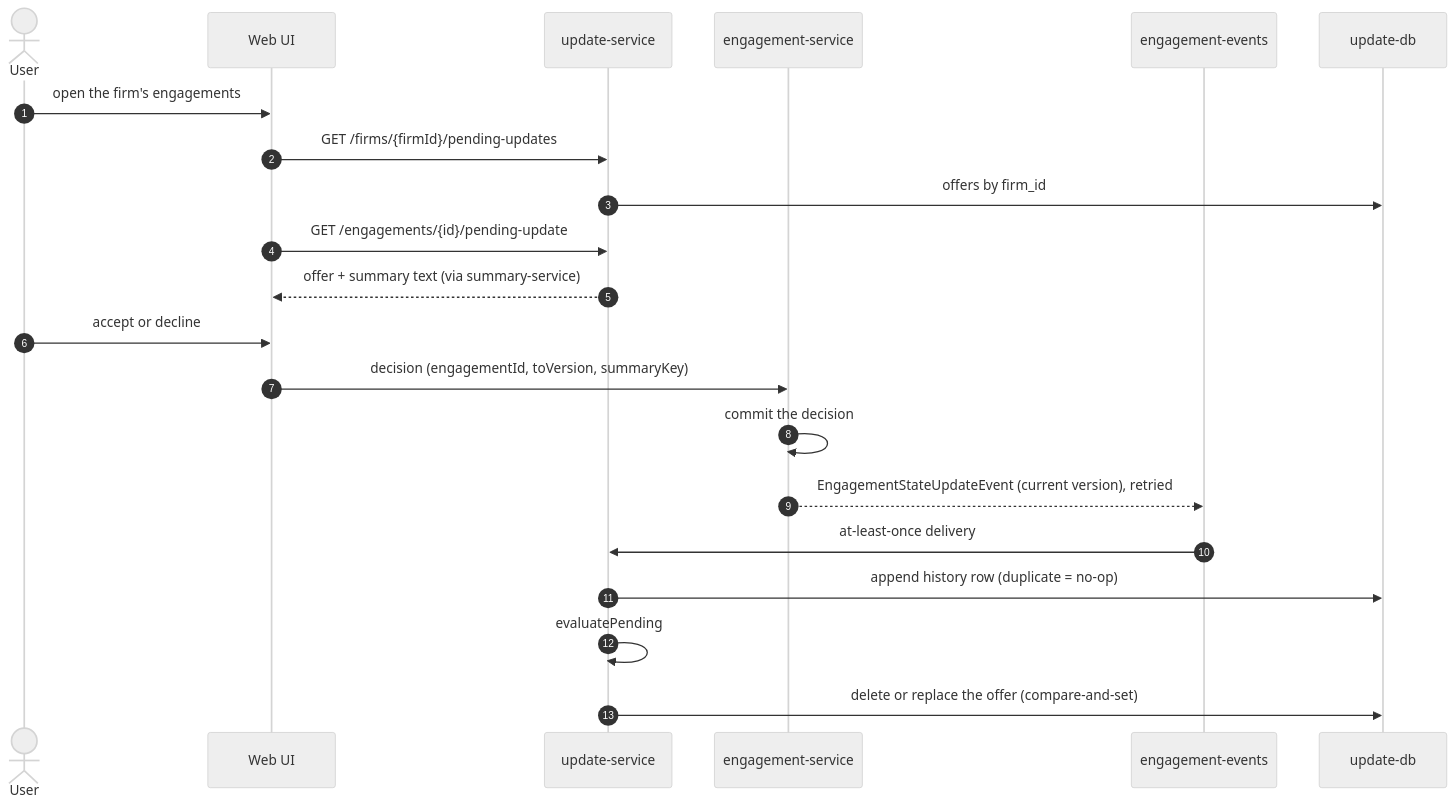
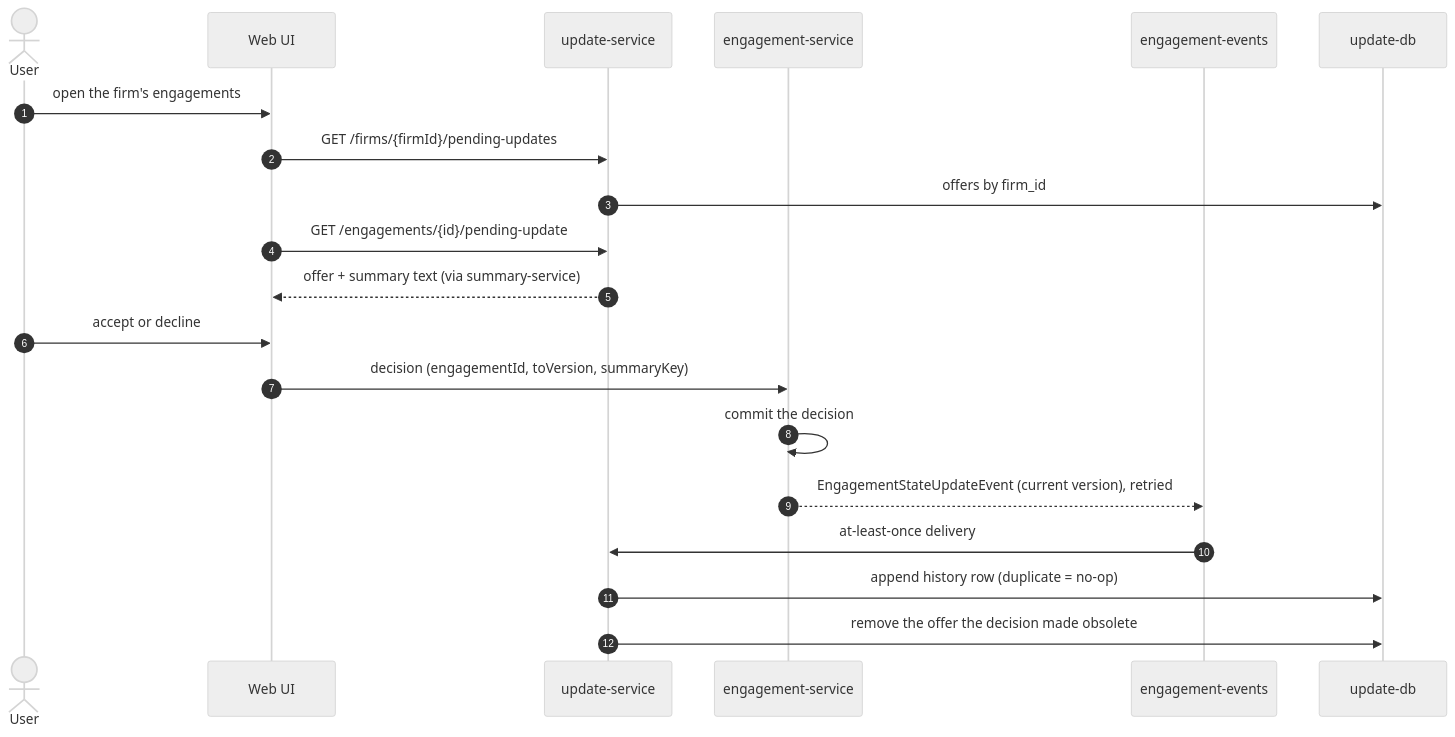
The first of 3 diagrams in DESIGN.md (fdesbois/caseware-take-home), drawn with Mermaid (neutral theme) before and after one commit. The commit also changed other lines of this file, not shown here.

````diff
--- a/DESIGN.md
+++ b/DESIGN.md
@@ -91,23 +91,22 @@
 ```mermaid
 sequenceDiagram
   autonumber
   actor U as User
   participant UI as Web UI
   participant UP as update-service
   participant ES as engagement-service
   participant Q as engagement-events
   participant DB as update-db
   U->>UI: open the firm's engagements
   UI->>UP: GET /firms/{firmId}/pending-updates
   UP->>DB: offers by firm_id
   UI->>UP: GET /engagements/{id}/pending-update
   UP-->>UI: offer + summary text (via summary-service)
   U->>UI: accept or decline
   UI->>ES: decision (engagementId, toVersion, summaryKey)
   ES->>ES: commit the decision
   ES-->>Q: EngagementStateUpdateEvent (current version), retried
   Q->>UP: at-least-once delivery
   UP->>DB: append history row (duplicate = no-op)
-  UP->>UP: evaluatePending
-  UP->>DB: delete or replace the offer (compare-and-set)
+  UP->>DB: remove the offer the decision made obsolete
 ```
````
